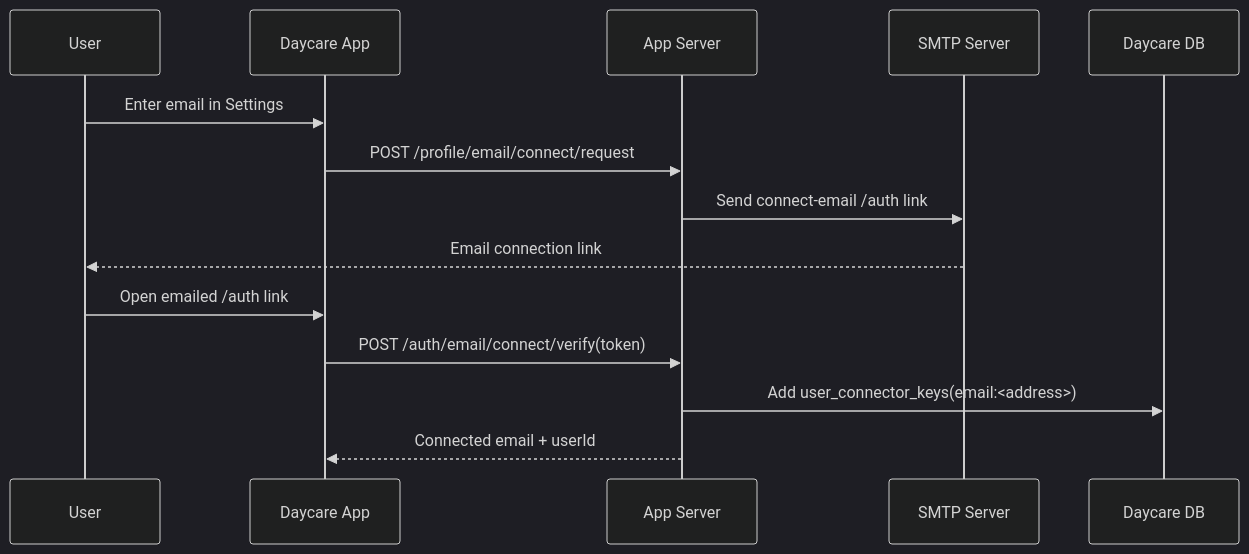
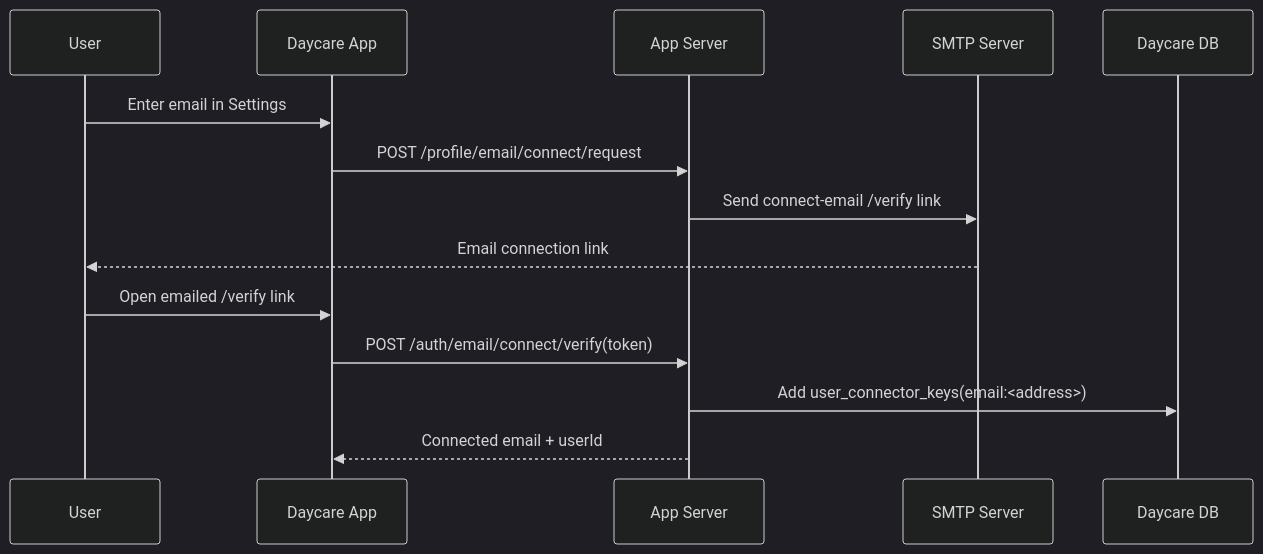
The second of 4 diagrams in doc/BETTER_AUTH_EMAIL_MAGIC_LINK.md (ex3ndr/daycare), drawn with Mermaid (dark theme) before and after one commit. The commit also changed other lines of this file and 11 other files, not shown here.

Commit message:
refactor(auth): route links through verify

````diff
--- a/doc/BETTER_AUTH_EMAIL_MAGIC_LINK.md
+++ b/doc/BETTER_AUTH_EMAIL_MAGIC_LINK.md
@@ -62,17 +62,17 @@
 ```mermaid
 sequenceDiagram
     participant User
     participant App as Daycare App
     participant API as App Server
     participant SMTP as SMTP Server
     participant DB as Daycare DB
 
     User->>App: Enter email in Settings
     App->>API: POST /profile/email/connect/request
-    API->>SMTP: Send connect-email /auth link
+    API->>SMTP: Send connect-email /verify link
     SMTP-->>User: Email connection link
-    User->>App: Open emailed /auth link
+    User->>App: Open emailed /verify link
     App->>API: POST /auth/email/connect/verify(token)
     API->>DB: Add user_connector_keys(email:<address>)
     API-->>App: Connected email + userId
 ```
````
